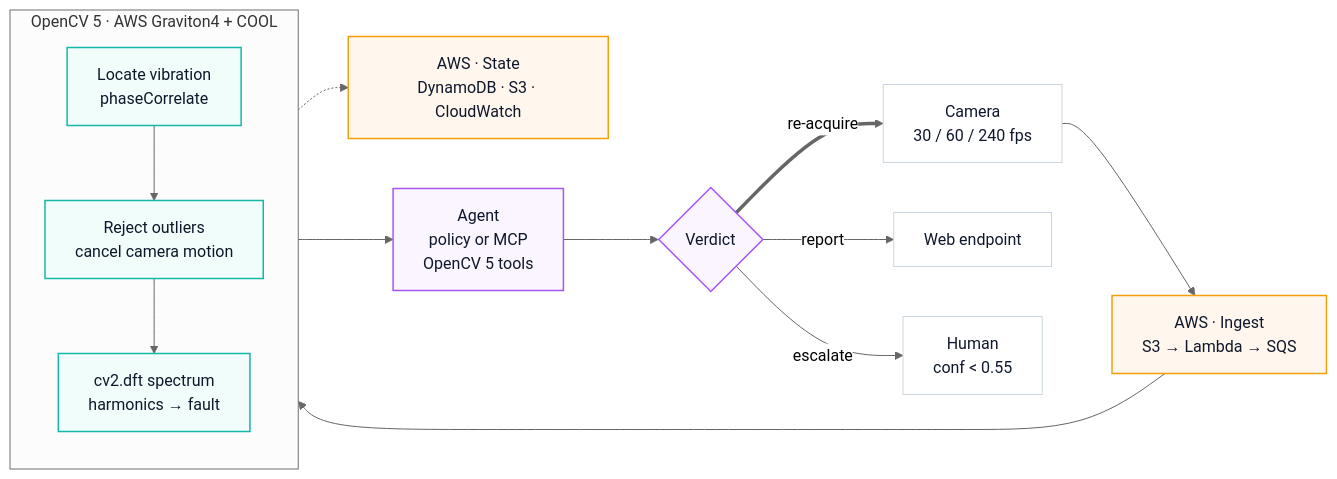
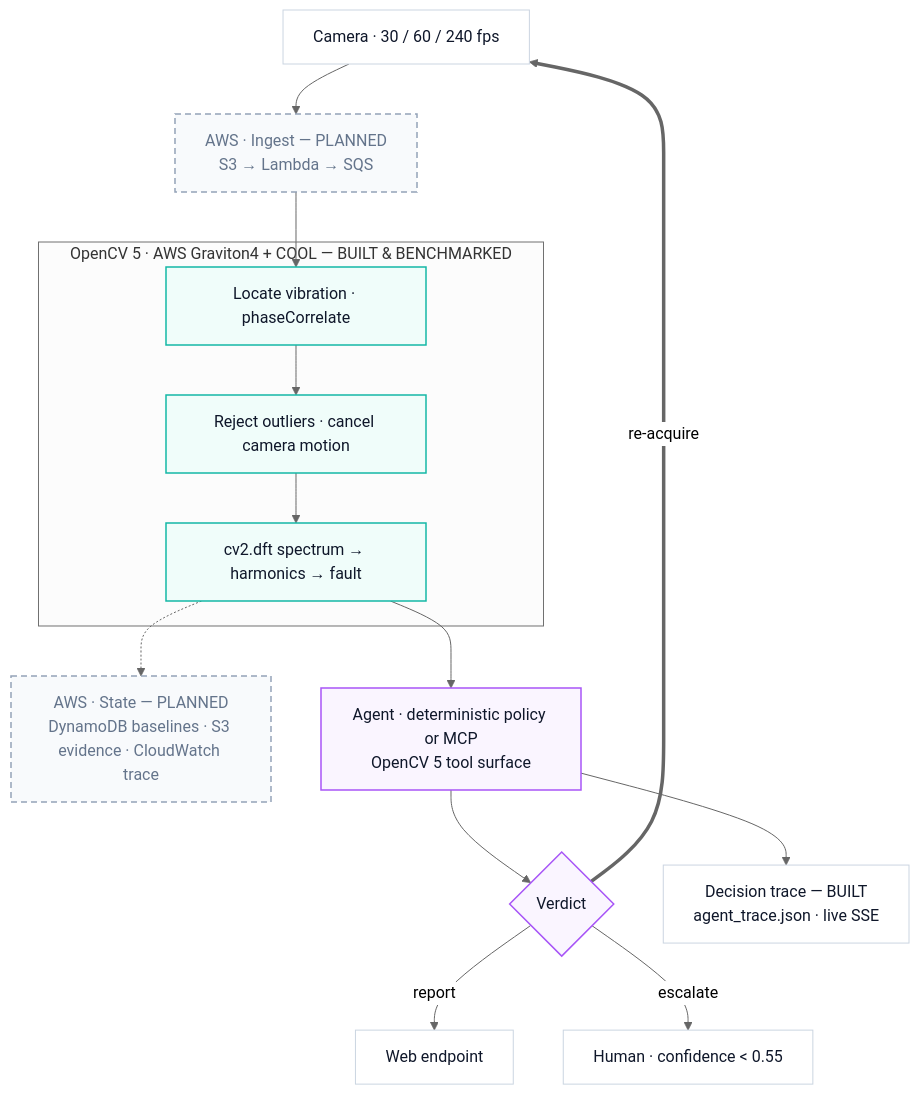
One commit to TusharTechs/tremorcv changed the diagram in docs/architecture.mmd. Above: the diagram before and after it, drawn with Mermaid (neutral theme). The commit also changed 3 other files, not shown here.

First line of the commit message:
Mark unbuilt components as planned in the architecture diagram

```diff
--- a/docs/architecture.mmd
+++ b/docs/architecture.mmd
@@ -1,25 +1,34 @@
-flowchart LR
-  CAM["Camera<br/>30 / 60 / 240 fps"]
-  ING["AWS · Ingest<br/>S3 → Lambda → SQS"]
-  subgraph CMP["OpenCV 5 · AWS Graviton4 + COOL"]
-    direction TB
-    P1["Locate vibration<br/>phaseCorrelate"] --> P2["Reject outliers<br/>cancel camera motion"] --> P3["cv2.dft spectrum<br/>harmonics → fault"]
+flowchart TB
+  CAM["Camera · 30 / 60 / 240 fps"]
+  ING["AWS · Ingest — PLANNED<br/>S3 → Lambda → SQS"]
+  subgraph CMP["OpenCV 5 · AWS Graviton4 + COOL — BUILT &amp; BENCHMARKED"]
+    P1["Locate vibration · phaseCorrelate"]
+    P2["Reject outliers · cancel camera motion"]
+    P3["cv2.dft spectrum → harmonics → fault"]
+    P1 --> P2 --> P3
   end
-  ST["AWS · State<br/>DynamoDB · S3 · CloudWatch"]
-  AG["Agent<br/>policy or MCP<br/>OpenCV 5 tools"]
+  ST["AWS · State — PLANNED<br/>DynamoDB baselines · S3 evidence · CloudWatch trace"]
+  AG["Agent · deterministic policy or MCP<br/>OpenCV 5 tool surface"]
   VER{"Verdict"}
+  TR["Decision trace — BUILT<br/>agent_trace.json · live SSE"]
   UI["Web endpoint"]
-  HUM["Human<br/>conf &lt; 0.55"]
-  CAM --> ING --> CMP --> AG --> VER
-  CMP -.-> ST
+  HUM["Human · confidence &lt; 0.55"]
+  CAM --> ING --> P1
+  P3 --> AG --> VER
+  AG --> TR
+  P3 -.-> ST
   VER -->|report| UI
   VER -->|escalate| HUM
   VER ==>|re-acquire| CAM
+
   classDef aws fill:#fff7ed,stroke:#f59e0b,stroke-width:1.5px,color:#0f172a
   classDef cv fill:#f0fdfa,stroke:#14b8a6,stroke-width:1.5px,color:#0f172a
   classDef ag fill:#faf5ff,stroke:#a855f7,stroke-width:1.5px,color:#0f172a
   classDef pl fill:#ffffff,stroke:#cbd5e1,color:#0f172a
-  class ING,ST aws
+  %% Dashed grey = designed but not yet implemented. Everything else is built
+  %% and exercised by the test suite or the benchmark.
+  classDef planned fill:#f8fafc,stroke:#94a3b8,stroke-width:1.5px,stroke-dasharray:6 4,color:#64748b
   class P1,P2,P3 cv
   class AG,VER ag
-  class CAM,UI,HUM pl
+  class CAM,UI,HUM,TR pl
+  class ING,ST planned
```
